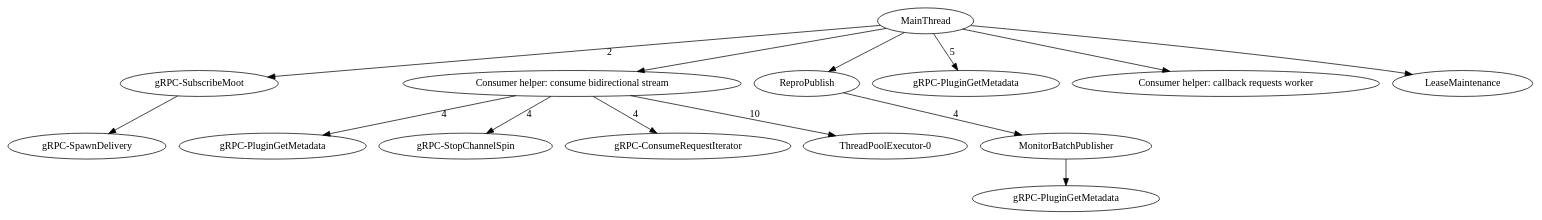
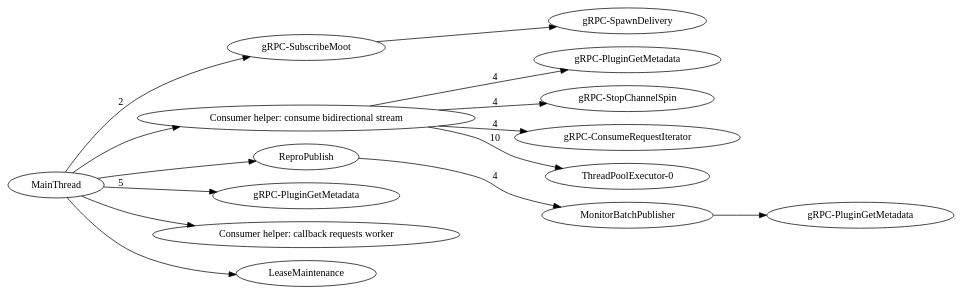
Before and after one commit to dhermes/google-cloud-pubsub-performance: the diagram in cpu-spike/0.29.1.dot, drawn with Graphviz. The commit also changed 20 other files, not shown here.

Commit message:
Making SVG / dot graphs left to right.

```diff
--- a/cpu-spike/0.29.1.dot
+++ b/cpu-spike/0.29.1.dot
@@ -1,64 +1,65 @@
 digraph G {
+rankdir=LR;
 subgraph  {
 subgraph  {
 }
 
 "Thread-gRPC-SubscribeMoot" -> "Thread-gRPC-SpawnDelivery";
 }
 
 subgraph  {
 }
 
 subgraph  {
 }
 
 subgraph  {
 subgraph  {
 }
 
 subgraph  {
 }
 
 subgraph  {
 }
 
 subgraph  {
 }
 
 "Consumer helper: consume bidirectional stream" -> "Thread-gRPC-PluginGetMetadata++"  [label=4];
 "Consumer helper: consume bidirectional stream" -> "Thread-gRPC-StopChannelSpin"  [label=4];
 "Consumer helper: consume bidirectional stream" -> "Thread-gRPC-ConsumeRequestIterator"  [label=4];
 "Consumer helper: consume bidirectional stream" -> "ThreadPoolExecutor-0"  [label=10];
 }
 
 subgraph  {
 }
 
 subgraph  {
 subgraph  {
 subgraph  {
 }
 
 "Thread-MonitorBatchPublisher" -> "Thread-gRPC-PluginGetMetadata+++";
 }
 
 "Thread-ReproPublish" -> "Thread-MonitorBatchPublisher"  [label=4];
 }
 
 MainThread -> "Thread-gRPC-SubscribeMoot"  [label=2];
 MainThread -> "Thread-gRPC-PluginGetMetadata"  [label=5];
 MainThread -> "Consumer helper: callback requests worker";
 MainThread -> "Consumer helper: consume bidirectional stream";
 MainThread -> "Thread-LeaseMaintenance";
 MainThread -> "Thread-ReproPublish";
 "Thread-gRPC-SubscribeMoot" [label="gRPC-SubscribeMoot"];
+"Thread-gRPC-PluginGetMetadata+++" [label="gRPC-PluginGetMetadata"];
+"Thread-gRPC-SpawnDelivery" [label="gRPC-SpawnDelivery"];
+"Thread-LeaseMaintenance" [label=LeaseMaintenance];
 "Thread-ReproPublish" [label=ReproPublish];
+"Thread-gRPC-PluginGetMetadata++" [label="gRPC-PluginGetMetadata"];
+"Thread-gRPC-StopChannelSpin" [label="gRPC-StopChannelSpin"];
 "Thread-gRPC-PluginGetMetadata" [label="gRPC-PluginGetMetadata"];
-"Thread-gRPC-SpawnDelivery" [label="gRPC-SpawnDelivery"];
-"Thread-gRPC-PluginGetMetadata+++" [label="gRPC-PluginGetMetadata"];
-"Thread-LeaseMaintenance" [label=LeaseMaintenance];
 "Thread-MonitorBatchPublisher" [label=MonitorBatchPublisher];
 "Thread-gRPC-ConsumeRequestIterator" [label="gRPC-ConsumeRequestIterator"];
-"Thread-gRPC-StopChannelSpin" [label="gRPC-StopChannelSpin"];
-"Thread-gRPC-PluginGetMetadata++" [label="gRPC-PluginGetMetadata"];
 }
```
